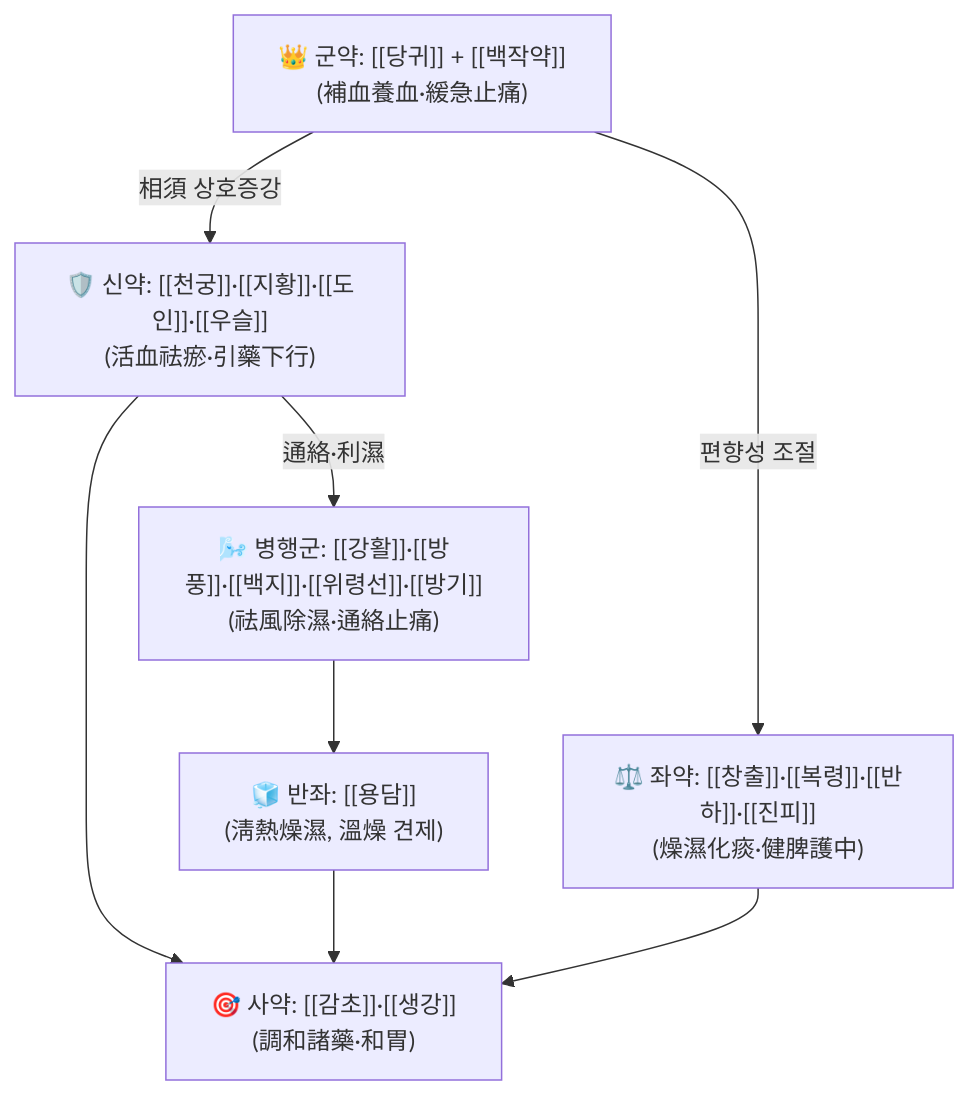
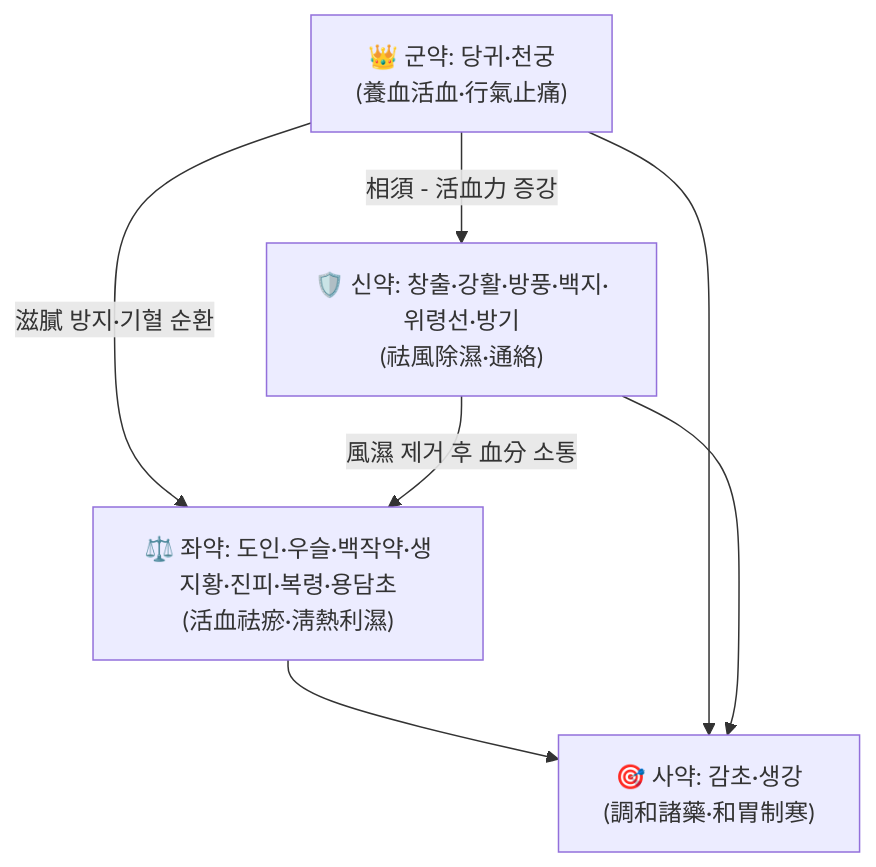
One commit to simbio11/simbio-digital-garden2 changed the diagram in content/2. 약리 공부/처방/05_활혈거어·지혈제/소경활혈탕.md. Above: the diagram before and after it, drawn with Mermaid. The commit also changed other lines of this file and 441 other files, not shown here.

````diff
--- a/content/2. 약리 공부/처방/05_활혈거어·지혈제/소경활혈탕.md
+++ b/content/2. 약리 공부/처방/05_활혈거어·지혈제/소경활혈탕.md
@@ -80,10 +62,9 @@
 ```mermaid
 graph TD
-    Gun["👑 군약: [[당귀]] + [[백작약]]<br>(補血養血·緩急止痛)"] -->|相須 상호증강| Sin["🛡️ 신약: [[천궁]]·[[지황]]·[[도인]]·[[우슬]]<br>(活血祛瘀·引藥下行)"]
-    Gun -->|편향성 조절| Jwa["⚖️ 좌약: [[창출]]·[[복령]]·[[반하]]·[[진피]]<br>(燥濕化痰·健脾護中)"]
-    Sin --> Sa["🎯 사약: [[감초]]·[[생강]]<br>(調和諸藥·和胃)"]
-    Jwa --> Sa
-    Sin -->|通絡·利濕| Geo["🌬️ 병행군: [[강활]]·[[방풍]]·[[백지]]·[[위령선]]·[[방기]]<br>(祛風除濕·通絡止痛)"]
-    Geo --> Ban["🧊 반좌: [[용담]]<br>(淸熱燥濕, 溫燥 견제)"]
-    Ban --> Sa
+    Gun["👑 군약: 당귀·천궁<br>(養血活血·行氣止痛)"] -->|相須 - 活血力 증강| Sin["🛡️ 신약: 창출·강활·방풍·백지·위령선·방기<br>(祛風除濕·通絡)"]
+    Gun -->|滋膩 방지·기혈 순환| Jwa["⚖️ 좌약: 도인·우슬·백작약·생지황·진피·복령·용담초<br>(活血祛瘀·淸熱利濕)"]
+    Sin -->|風濕 제거 후 血分 소통| Jwa
+    Jwa --> Sa["🎯 사약: 감초·생강<br>(調和諸藥·和胃制寒)"]
+    Gun --> Sa
+    Sin --> Sa
 ```
````
